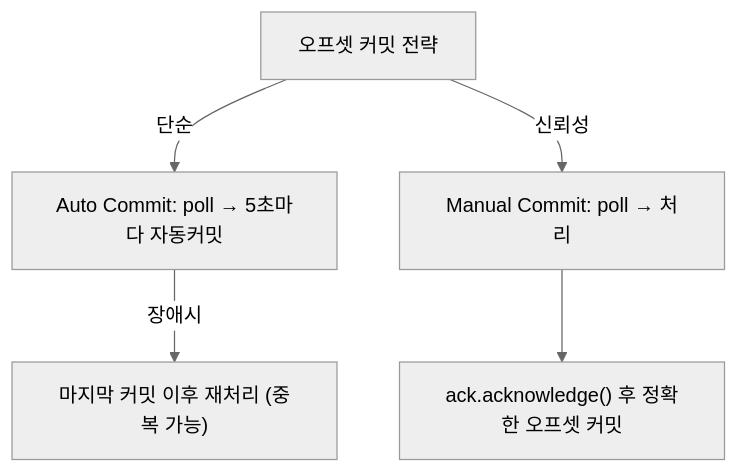
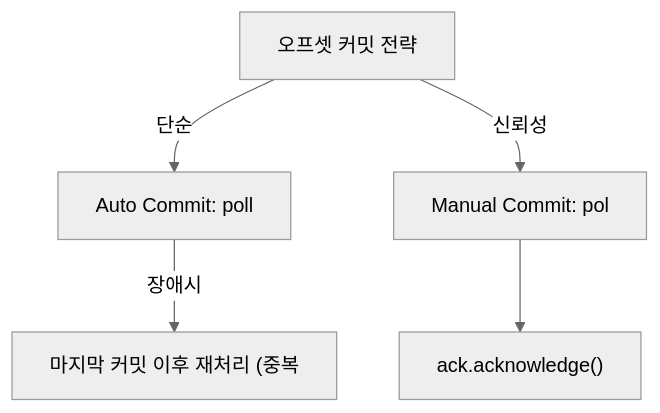
One commit to yjkim2015/yjkim2015.github.io changed the fourth of 7 diagrams in _posts/kafka/2026-05-01-kafka-consumer-deep.md. Above: the diagram before and after it, drawn with Mermaid (neutral theme). The commit also changed other lines of this file and 271 other files, not shown here.

First line of the commit message:
Mermaid 라벨 축소: 긴 노드 텍스트 18자 이하로 트림 + \n 제거

````diff
--- a/_posts/kafka/2026-05-01-kafka-consumer-deep.md
+++ b/_posts/kafka/2026-05-01-kafka-consumer-deep.md
@@ -210,10 +210,10 @@
 ```mermaid
 graph TD
-    AC["Auto Commit: poll → 5초마다 자동커밋"]
-    AC -->|"장애시"| ACR["마지막 커밋 이후 재처리 (중복 가능)"]
-    MC["Manual Commit: poll → 처리"]
-    MC --> MCR["ack.acknowledge() 후 정확한 오프셋 커밋"]
+    AC["Auto Commit: poll"]
+    AC -->|"장애시"| ACR["마지막 커밋 이후 재처리 (중복"]
+    MC["Manual Commit: pol"]
+    MC --> MCR["ack.acknowledge()"]
     COMMIT["오프셋 커밋 전략"]
     COMMIT -->|"단순"| AC
     COMMIT -->|"신뢰성"| MC
 ```
````
